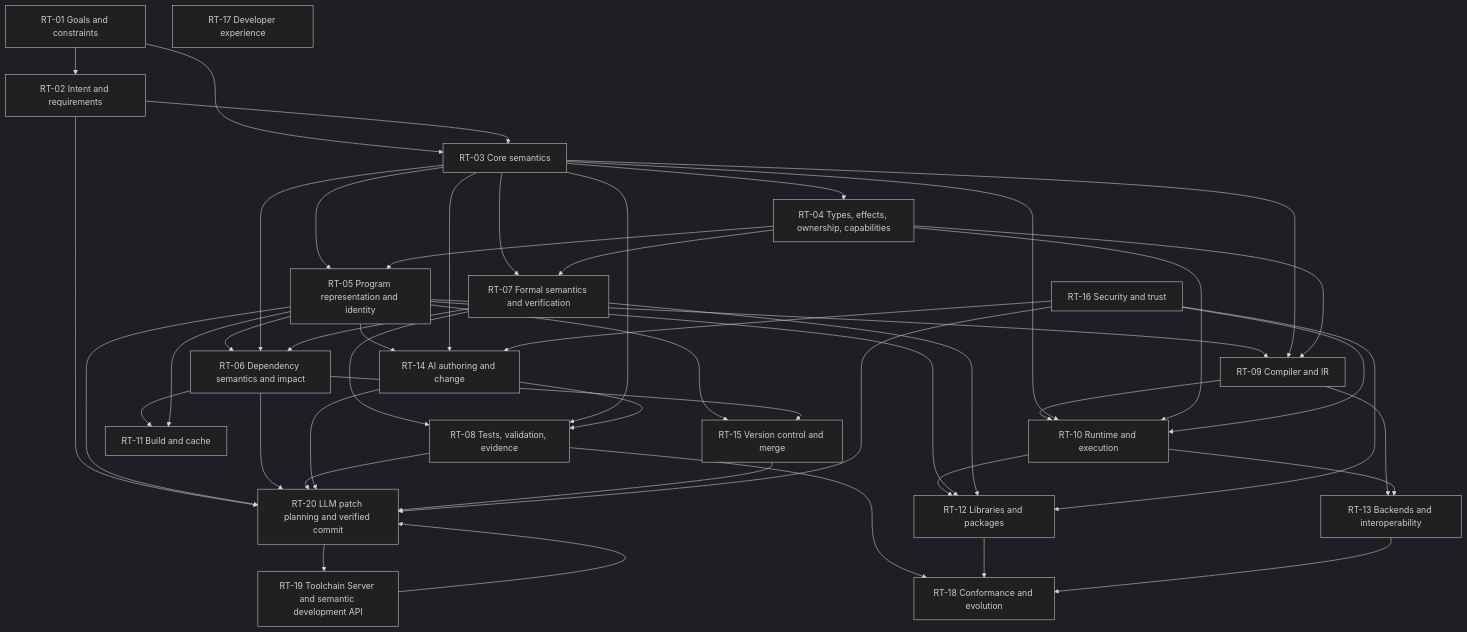
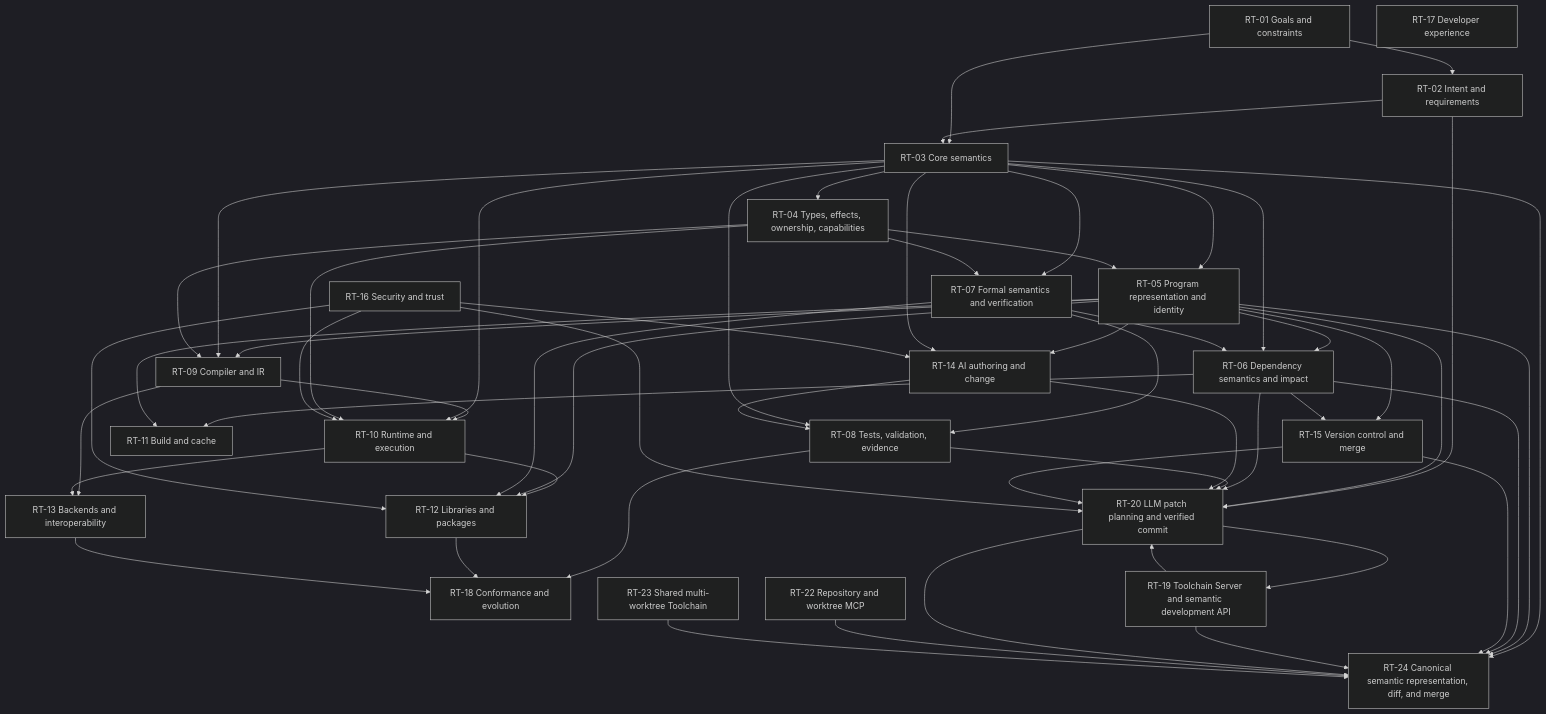
The diagram in research/RESEARCH-DEPENDENCY-MAP.md (aivibeflow/LLMLang), drawn with Mermaid (dark theme) before and after one commit. The commit also changed other lines of this file, not shown here.

```diff
--- a/research/RESEARCH-DEPENDENCY-MAP.md
+++ b/research/RESEARCH-DEPENDENCY-MAP.md
@@ -31,70 +31,81 @@
 ~~~mermaid
 flowchart TD
   G[RT-01 Goals and constraints]
   I[RT-02 Intent and requirements]
   S[RT-03 Core semantics]
   T[RT-04 Types, effects, ownership, capabilities]
   P[RT-05 Program representation and identity]
   D[RT-06 Dependency semantics and impact]
   F[RT-07 Formal semantics and verification]
   E[RT-08 Tests, validation, evidence]
   C[RT-09 Compiler and IR]
   R[RT-10 Runtime and execution]
   B[RT-11 Build and cache]
   L[RT-12 Libraries and packages]
   X[RT-13 Backends and interoperability]
   A[RT-14 AI authoring and change]
   V[RT-15 Version control and merge]
   Q[RT-16 Security and trust]
   UX[RT-17 Developer experience]
   EV[RT-18 Conformance and evolution]
   TS[RT-19 Toolchain Server and semantic development API]
   CP[RT-20 LLM patch planning and verified commit]
+  RW[RT-22 Repository and worktree MCP]
+  MW[RT-23 Shared multi-worktree Toolchain]
+  R24[RT-24 Canonical semantic representation, diff, and merge]
 
   G --> I
   G --> S
   I --> S
   S --> T
   S --> P
   T --> P
   S --> F
   T --> F
   P --> D
   S --> D
   D --> B
   P --> B
   F --> E
   F --> D
   S --> E
   P --> C
   S --> C
   T --> C
   C --> R
   S --> R
   T --> R
   R --> L
   P --> L
   F --> L
   C --> X
   R --> X
   P --> V
   D --> V
   A --> E
   P --> A
   S --> A
   Q --> A
   I --> CP
   P --> CP
   D --> CP
   E --> CP
   A --> CP
   V --> CP
   Q --> CP
   TS --> CP
   CP --> TS
+  S --> R24
+  P --> R24
+  D --> R24
+  V --> R24
+  TS --> R24
+  CP --> R24
+  RW --> R24
+  MW --> R24
   Q --> R
   Q --> L
   E --> EV
   L --> EV
   X --> EV
 ~~~
```
